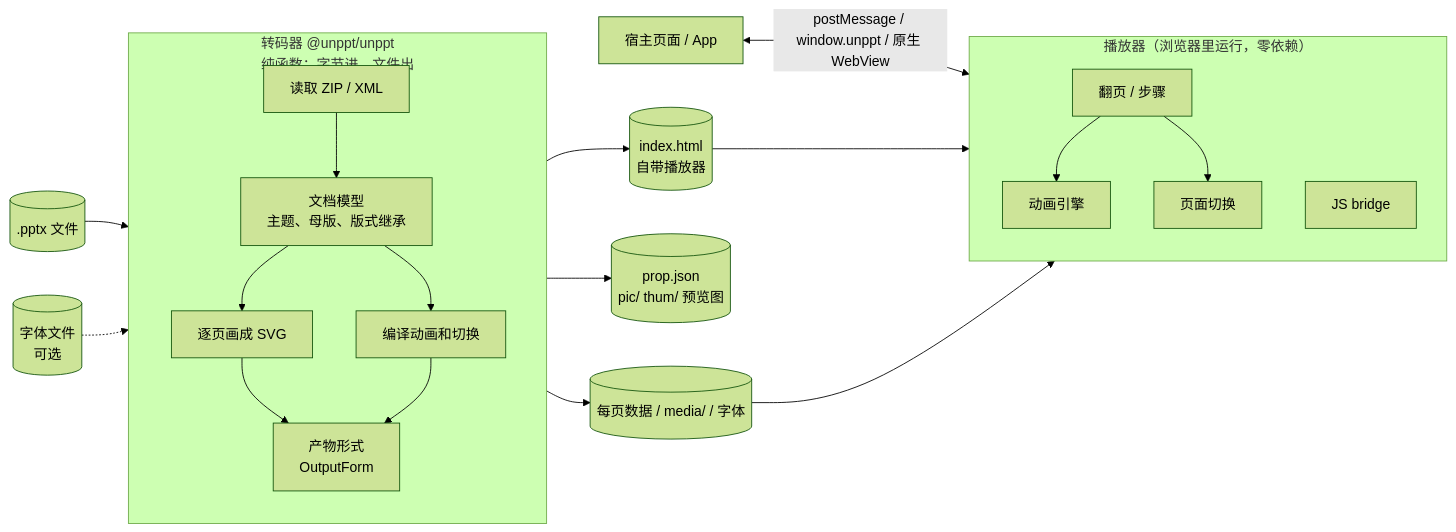
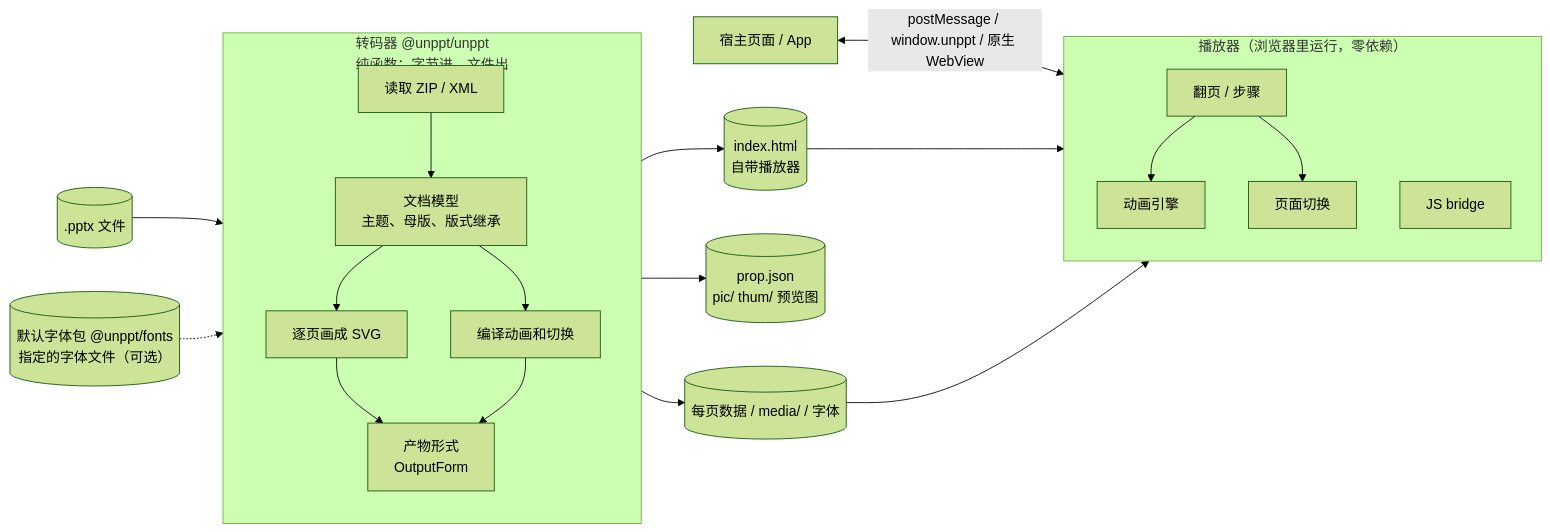
Before and after one commit to spitmaster/unppt: the first of 16 diagrams in docs/zh/architecture.md, drawn with Mermaid (forest theme). The commit also changed other lines of this file and 2 other files, not shown here.

Commit message:
docs: 架构文档对照 0.3.1 代码更新——字体包作为输入、checkFonts / cli-check.ts / node-fonts.ts、字体库 library.ts、可变字体实例、符号字体 cmap、图表文字字体 chart-fonts.ts、标点禁则 kinsoku.ts、出图按能画全文字选字体；效果数字换成 0.3.1 测试报告；去掉已全部完成的"重构前的问题"表和已解决的"可变字体"差距

````diff
--- a/docs/zh/architecture.md
+++ b/docs/zh/architecture.md
@@ -41,25 +41,25 @@
 ```mermaid
 flowchart LR
   pptx[(".pptx 文件")] --> T
-  fonts[("字体文件<br/>可选")] -.-> T
+  fonts[("默认字体包 @unppt/fonts<br/>指定的字体文件（可选）")] -.-> T
   subgraph T["转码器 @unppt/unppt<br/>纯函数：字节进、文件出"]
     direction TB
     read["读取 ZIP / XML"] --> model["文档模型<br/>主题、母版、版式继承"]
     model --> render["逐页画成 SVG"]
     model --> anim["编译动画和切换"]
     render --> out["产物形式<br/>OutputForm"]
     anim --> out
   end
   out --> html[("index.html<br/>自带播放器")]
   out --> files[("每页数据 / media/ / 字体")]
   out --> prop[("prop.json<br/>pic/ thum/ 预览图")]
   html --> P
   files --> P
   subgraph P["播放器（浏览器里运行，零依赖）"]
     direction TB
     nav["翻页 / 步骤"] --> engine["动画引擎"]
     nav --> trans["页面切换"]
     bridge["JS bridge"]
   end
   host["宿主页面 / App"] <-->|"postMessage / window.unppt / 原生 WebView"| bridge
 ```
````
